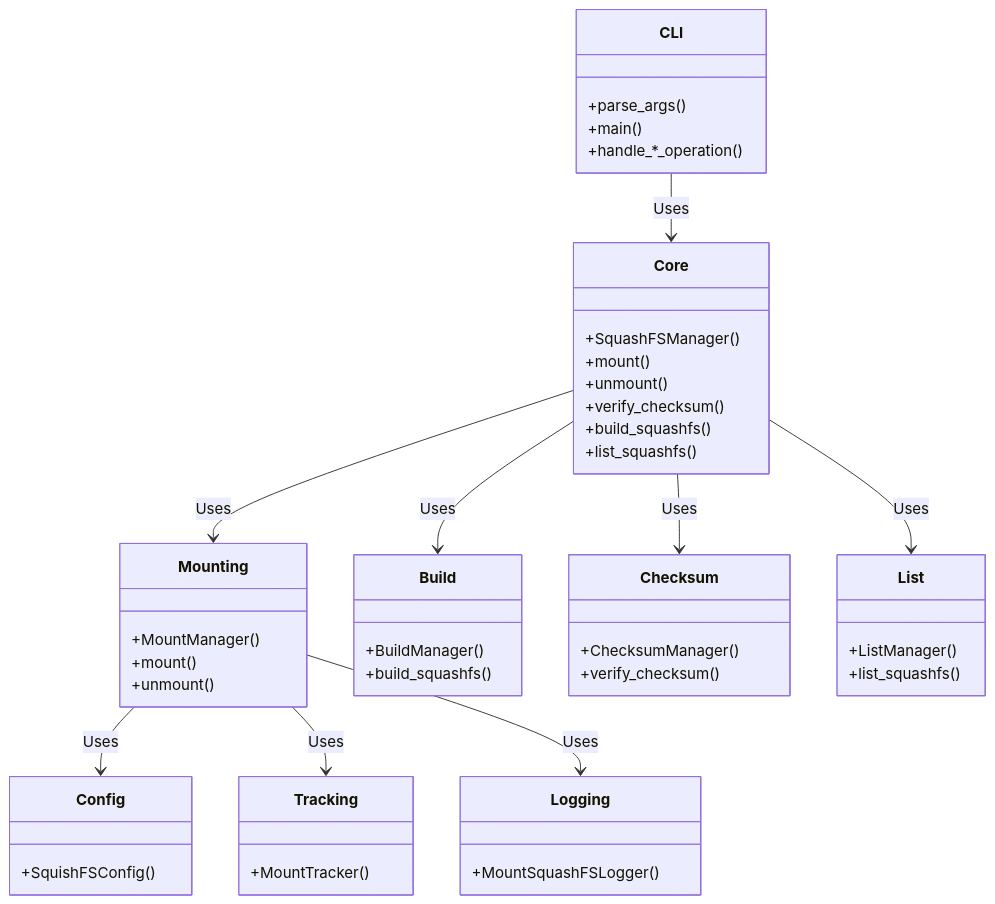
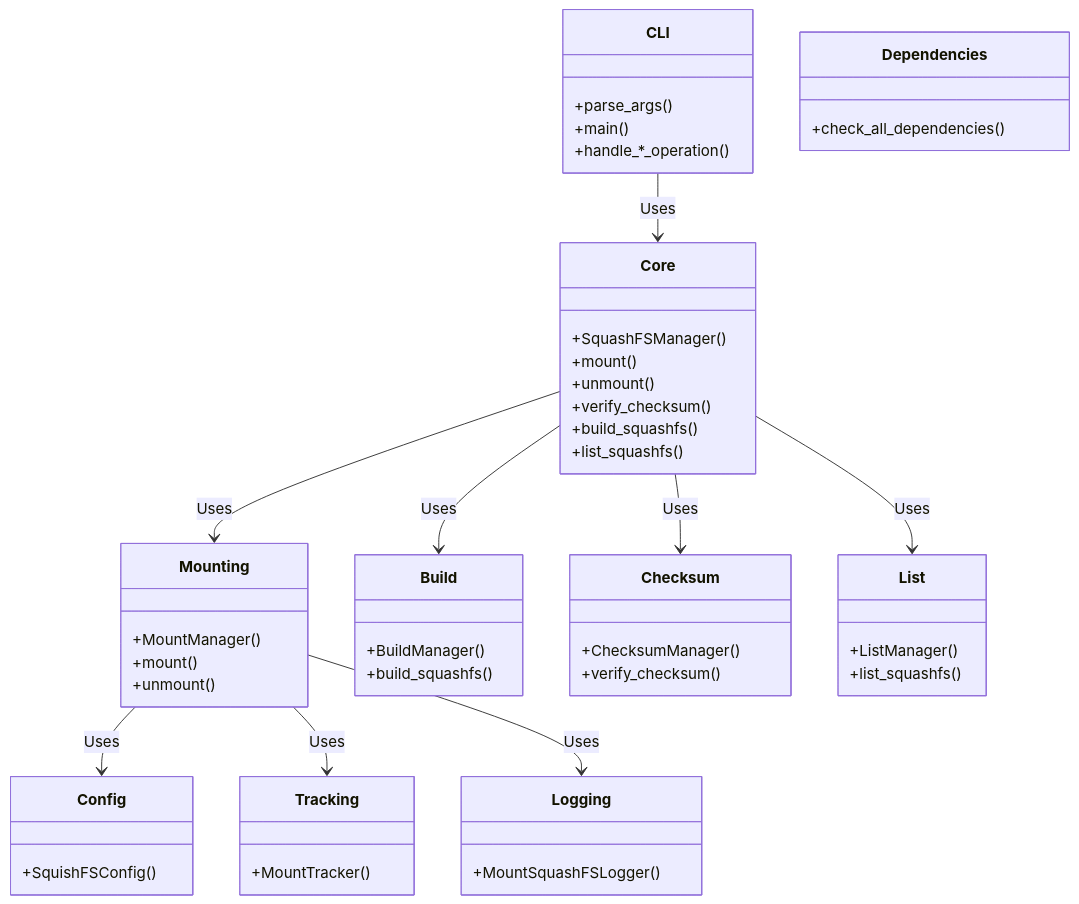
Before and after one commit to WombatFromHell/squashfs-archive-helper: the first of 3 diagrams in DESIGN.md, drawn with Mermaid. The commit also changed other lines of this file and 9 other files, not shown here.

````diff
--- a/DESIGN.md
+++ b/DESIGN.md
@@ -19,59 +20,63 @@
 ```mermaid
 classDiagram
     class CLI {
         +parse_args()
         +main()
         +handle_*_operation()
     }
 
     class Core {
         +SquashFSManager()
         +mount()
         +unmount()
         +verify_checksum()
         +build_squashfs()
         +list_squashfs()
     }
 
     class Mounting {
         +MountManager()
         +mount()
         +unmount()
     }
 
     class Build {
         +BuildManager()
         +build_squashfs()
     }
 
     class Checksum {
         +ChecksumManager()
         +verify_checksum()
     }
 
     class List {
         +ListManager()
         +list_squashfs()
     }
 
     class Config {
         +SquishFSConfig()
     }
 
     class Tracking {
         +MountTracker()
     }
 
     class Logging {
         +MountSquashFSLogger()
     }
 
+    class Dependencies {
+        +check_all_dependencies()
+    }
+
     CLI --> Core : Uses
     Core --> Mounting : Uses
     Core --> Build : Uses
     Core --> Checksum : Uses
     Core --> List : Uses
     Mounting --> Config : Uses
     Mounting --> Tracking : Uses
     Mounting --> Logging : Uses
 ```
````
